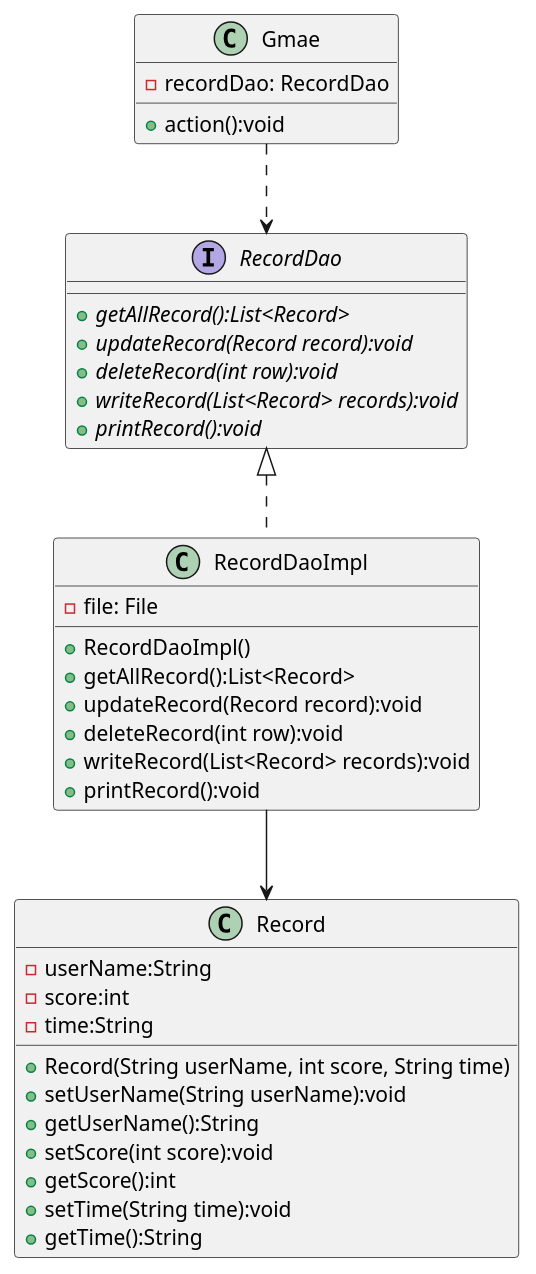
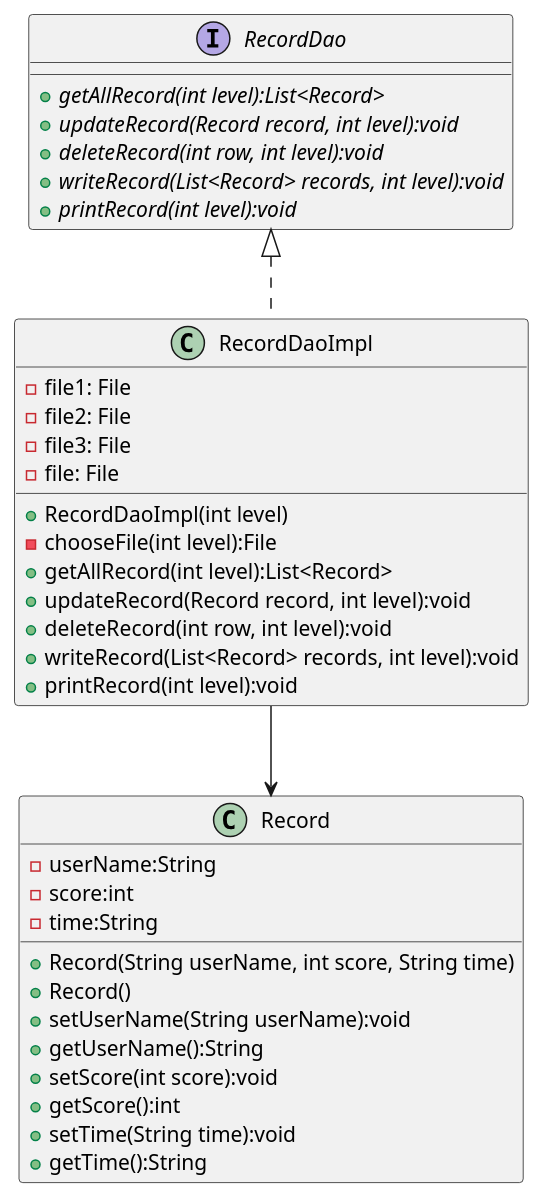
Before and after one commit to Culaccino00/AircraftWar: the diagram in uml/Dao.puml, drawn with PlantUML. The commit also changed 25 other files, not shown here.

```diff
--- a/uml/Dao.puml
+++ b/uml/Dao.puml
@@ -1,45 +1,44 @@
 @startuml
 'https://plantuml.com/class-diagram
 
-class Gmae{
-    - recordDao: RecordDao
-    + action():void
-}
-
 interface RecordDao{
-    + {abstract} getAllRecord():List<Record>
-    + {abstract} updateRecord(Record record):void
-    + {abstract} deleteRecord(int row):void
-    + {abstract} writeRecord(List<Record> records):void
-    + {abstract} printRecord():void
+    + {abstract} getAllRecord(int level):List<Record>
+    + {abstract} updateRecord(Record record, int level):void
+    + {abstract} deleteRecord(int row, int level):void
+    + {abstract} writeRecord(List<Record> records, int level):void
+    + {abstract} printRecord(int level):void
 }
 
 class RecordDaoImpl{
+    - file1: File
+    - file2: File
+    - file3: File
     - file: File
-    + RecordDaoImpl()
-    + getAllRecord():List<Record>
-    + updateRecord(Record record):void
-    + deleteRecord(int row):void
-    + writeRecord(List<Record> records):void
-    + printRecord():void
+    + RecordDaoImpl(int level)
+    - chooseFile(int level):File
+    + getAllRecord(int level):List<Record>
+    + updateRecord(Record record, int level):void
+    + deleteRecord(int row, int level):void
+    + writeRecord(List<Record> records, int level):void
+    + printRecord(int level):void
 }
 
 class Record{
     - userName:String
     - score:int
     - time:String
     + Record(String userName, int score, String time)
+    + Record()
     + setUserName(String userName):void
     + getUserName():String
     + setScore(int score):void
     + getScore():int
     + setTime(String time):void
     + getTime():String
 }
 
 RecordDao <|.. RecordDaoImpl
-Gmae ..> RecordDao
 RecordDaoImpl --> Record
 
 
 @enduml
```
